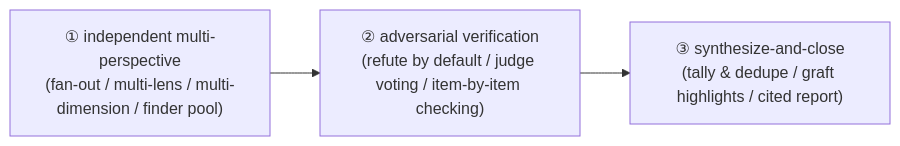
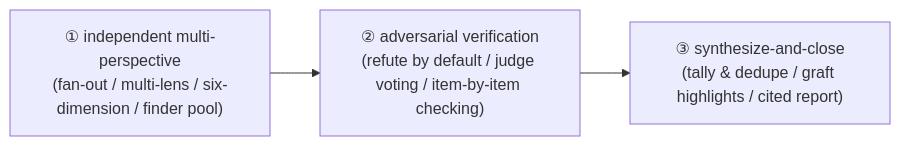
One commit to AGI-is-going-to-arrive/workflow-cookbook changed the third of 3 diagrams in docs/en/p5-24-extraction.md. Above: the diagram before and after it, drawn with Mermaid. The commit also changed other lines of this file and 78 other files, not shown here.

````diff
--- a/docs/en/p5-24-extraction.md
+++ b/docs/en/p5-24-extraction.md
@@ -918,5 +918,5 @@
 ```mermaid
 flowchart LR
-  A["① independent multi-perspective<br/>(fan-out / multi-lens / multi-dimension / finder pool)"] --> B["② adversarial verification<br/>(refute by default / judge voting / item-by-item checking)"]
+  A["① independent multi-perspective<br/>(fan-out / multi-lens / six-dimension / finder pool)"] --> B["② adversarial verification<br/>(refute by default / judge voting / item-by-item checking)"]
   B --> C["③ synthesize-and-close<br/>(tally & dedupe / graft highlights / cited report)"]
 ```
````
